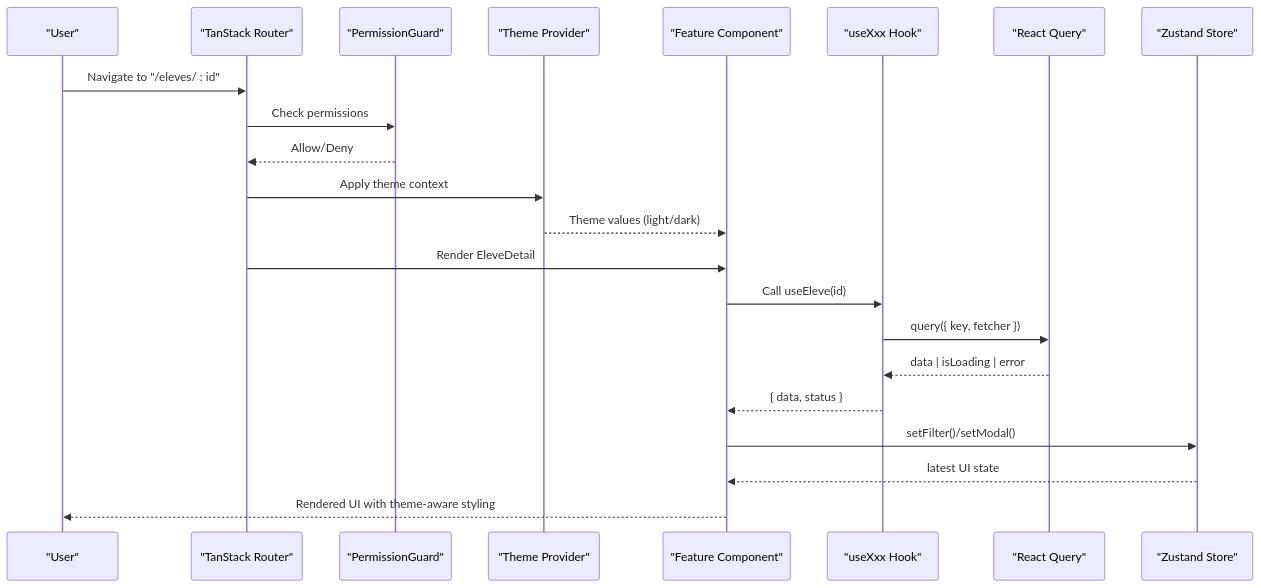
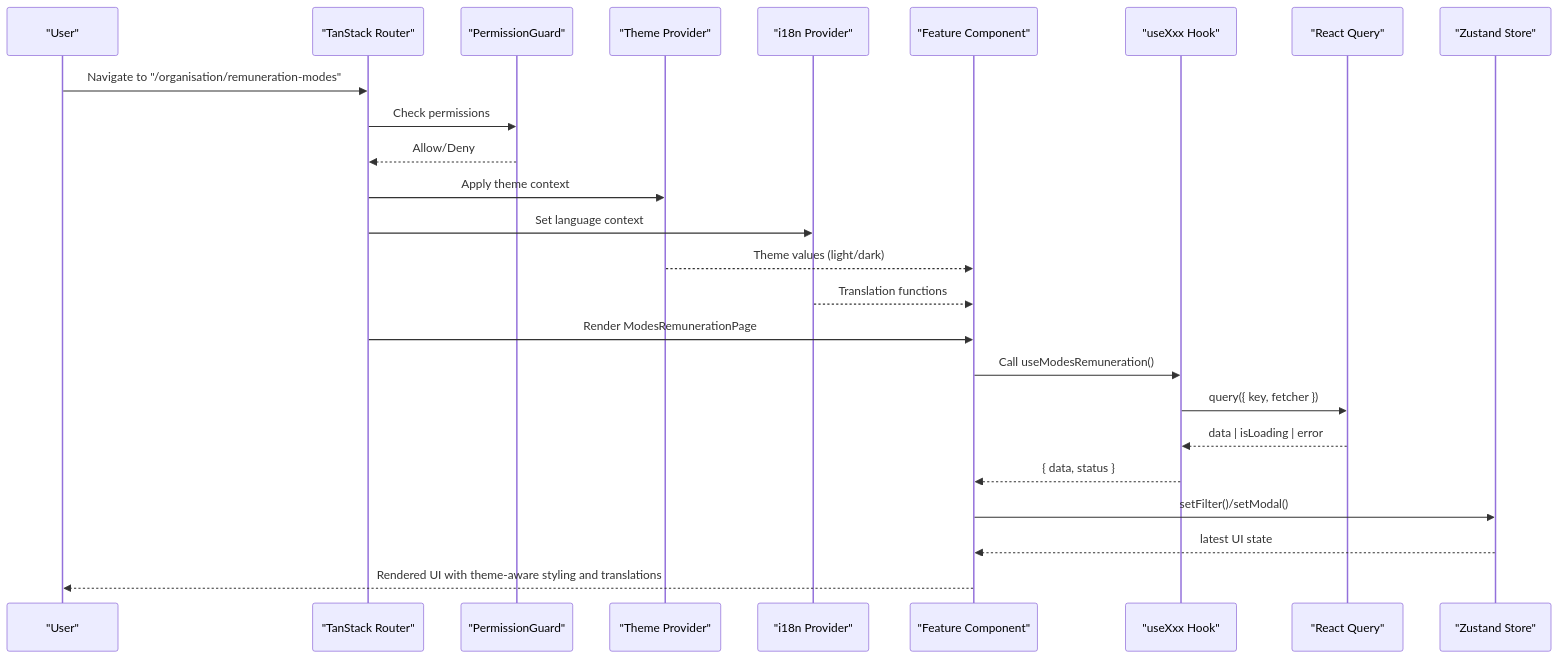
One commit to franckylab/eLISAschool changed the second of 10 diagrams in .qoder/repowiki/en/content/System Architecture/Frontend Architecture/Component Architecture/Feature-Specific Components.md. Above: the diagram before and after it, drawn with Mermaid. The commit also changed other lines of this file and 102 other files, not shown here.

````diff
--- a/.qoder/repowiki/en/content/System Architecture/Frontend Architecture/Component Architecture/Feature-Specific Components.md
+++ b/.qoder/repowiki/en/content/System Architecture/Frontend Architecture/Component Architecture/Feature-Specific Components.md
@@ -150,24 +168,27 @@
 ```mermaid
 sequenceDiagram
 participant User as "User"
 participant Router as "TanStack Router"
 participant Guard as "PermissionGuard"
 participant Theme as "Theme Provider"
+participant I18n as "i18n Provider"
 participant Comp as "Feature Component"
 participant Hook as "useXxx Hook"
 participant Q as "React Query"
 participant Store as "Zustand Store"
-User->>Router : Navigate to "/eleves/ : id"
+User->>Router : Navigate to "/organisation/remuneration-modes"
 Router->>Guard : Check permissions
 Guard-->>Router : Allow/Deny
 Router->>Theme : Apply theme context
+Router->>I18n : Set language context
 Theme-->>Comp : Theme values (light/dark)
-Router->>Comp : Render EleveDetail
-Comp->>Hook : Call useEleve(id)
+I18n-->>Comp : Translation functions
+Router->>Comp : Render ModesRemunerationPage
+Comp->>Hook : Call useModesRemuneration()
 Hook->>Q : query({ key, fetcher })
 Q-->>Hook : data | isLoading | error
 Hook-->>Comp : { data, status }
 Comp->>Store : setFilter()/setModal()
 Store-->>Comp : latest UI state
-Comp-->>User : Rendered UI with theme-aware styling
+Comp-->>User : Rendered UI with theme-aware styling and translations
 ```
````
